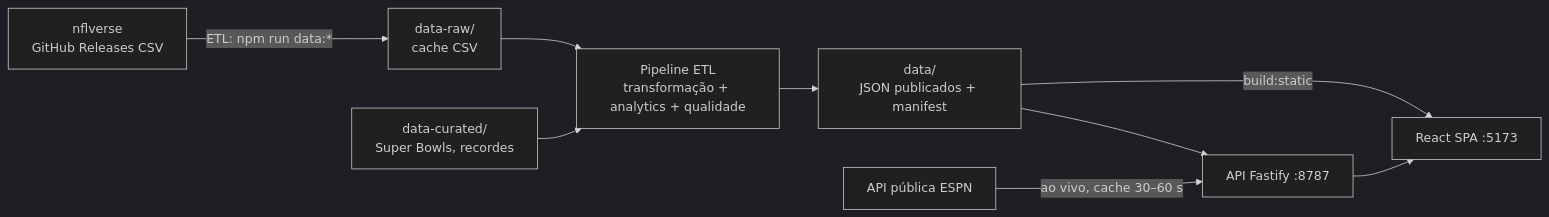
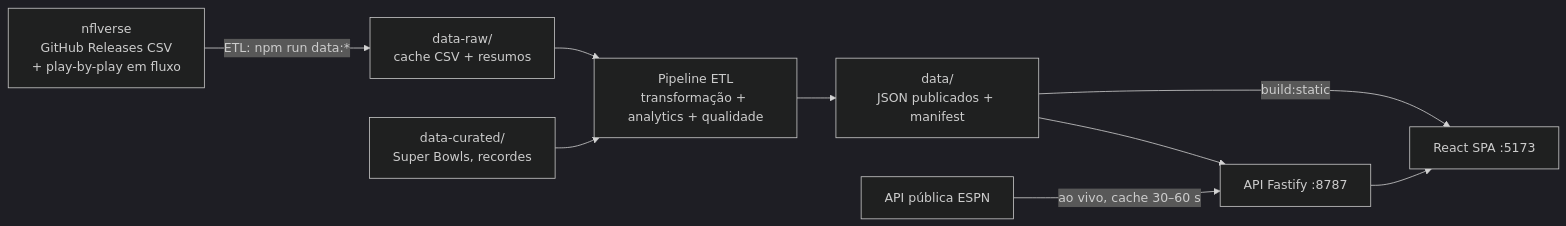
One commit to lucasllimati/end-zone-analytics changed the diagram in ESPECIFICACAO.md. Above: the diagram before and after it, drawn with Mermaid (dark theme). The commit also changed other lines of this file and 23 other files, not shown here.

````diff
--- a/ESPECIFICACAO.md
+++ b/ESPECIFICACAO.md
@@ -22,11 +22,11 @@
 ```mermaid
 flowchart LR
-  NV[nflverse<br/>GitHub Releases CSV] -->|ETL: npm run data:*| RAW[data-raw/<br/>cache CSV]
+  NV[nflverse<br/>GitHub Releases CSV<br/>+ play-by-play em fluxo] -->|ETL: npm run data:*| RAW[data-raw/<br/>cache CSV + resumos]
   CUR[data-curated/<br/>Super Bowls, recordes] --> ETL
   RAW --> ETL[Pipeline ETL<br/>transformação + analytics + qualidade]
   ETL --> DATA[data/<br/>JSON publicados + manifest]
   DATA --> API[API Fastify :8787]
   ESPN[API pública ESPN] -->|ao vivo, cache 30–60 s| API
   API --> WEB[React SPA :5173]
   DATA -->|build:static| WEB
 ```
````
